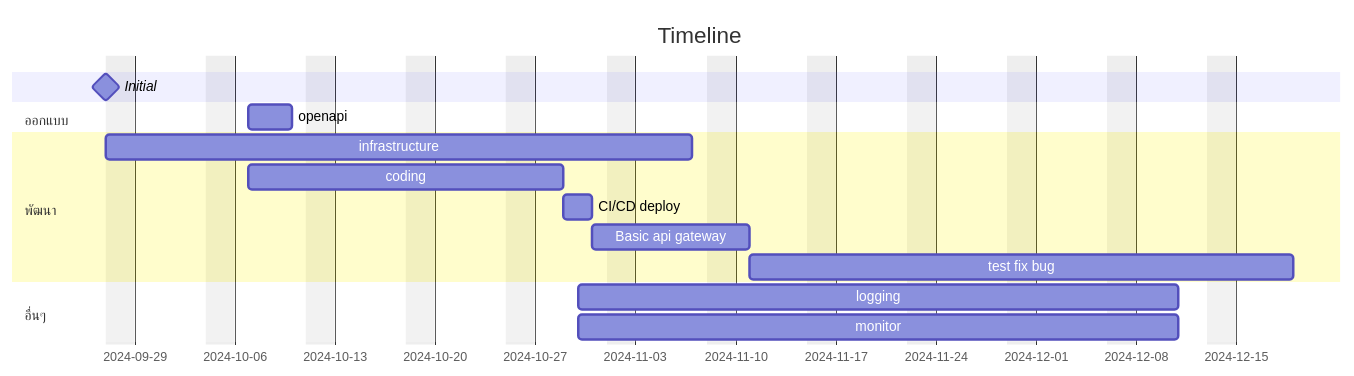
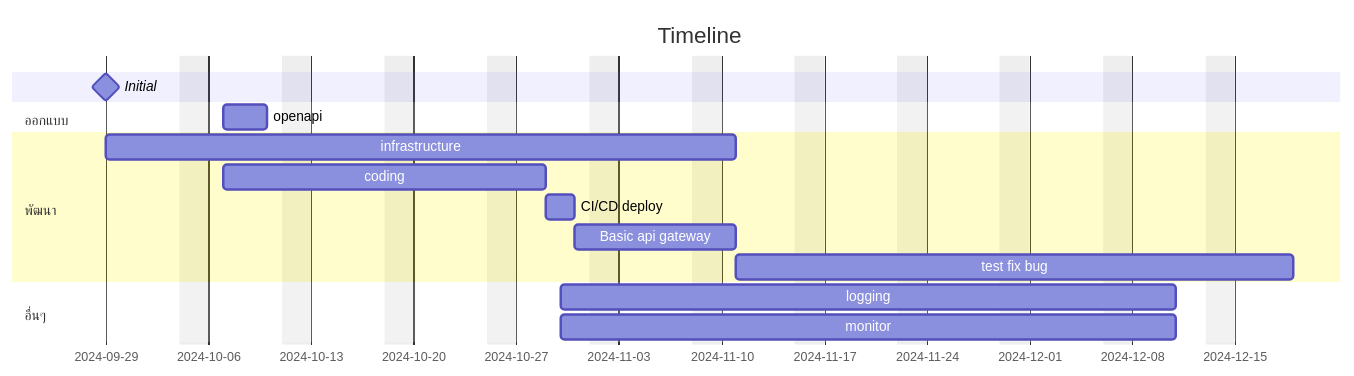
One commit to lionants02/public changed the fifth of 5 diagrams in ktb-amed/README.md. Above: the diagram before and after it, drawn with Mermaid.

Commit message:
update timeline

````diff
--- a/ktb-amed/README.md
+++ b/ktb-amed/README.md
@@ -106,19 +106,19 @@
 ```mermaid
 gantt
     title Timeline
     dateFormat YYYY-MM-DD
     excludes weekends
     weekend friday
-    Initial : milestone,m1 ,2024-09-27,0d
+    Initial : milestone,m1 ,2024-09-29,0d
     section ออกแบบ
         openapi          :a1, 2024-10-07, 3d
     section พัฒนา
-        infrastructure: 2024-09-27, 30d
+        infrastructure: 2024-09-29, 31d
         coding :2024-10-07, 16d
         CI/CD deploy    :2d
         Basic api gateway    :7d
         test fix bug    :28d
     section อื่นๆ
         logging :2024-10-30, 30d
         monitor :2024-10-30, 30d
 ```
````
